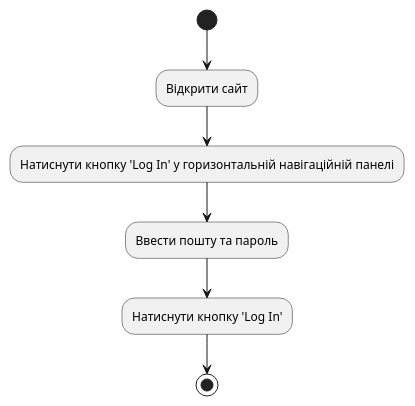
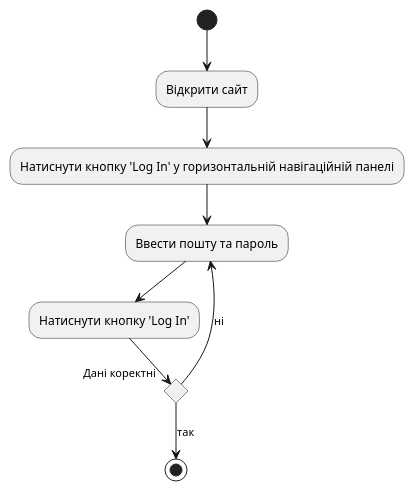
Before and after one commit to carexoid/se-lab: the diagram in doc/ux/NU4.puml, drawn with PlantUML. The commit also changed 2 other files, not shown here.

Commit message:
#3 Update some diagrams

```diff
--- a/doc/ux/NU4.puml
+++ b/doc/ux/NU4.puml
@@ -1,8 +1,12 @@
 @startuml NU4
 (*) --> "Відкрити сайт"
 --> "Натиснути кнопку 'Log In' у горизонтальній навігаційній панелі"
 --> "Ввести пошту та пароль"
 --> "Натиснути кнопку 'Log In'"
---> (*)
+if "Дані коректні" then
+    -->[так](*)
+else
+    -->[ні] "Ввести пошту та пароль"
+endif
 
 @enduml
```
